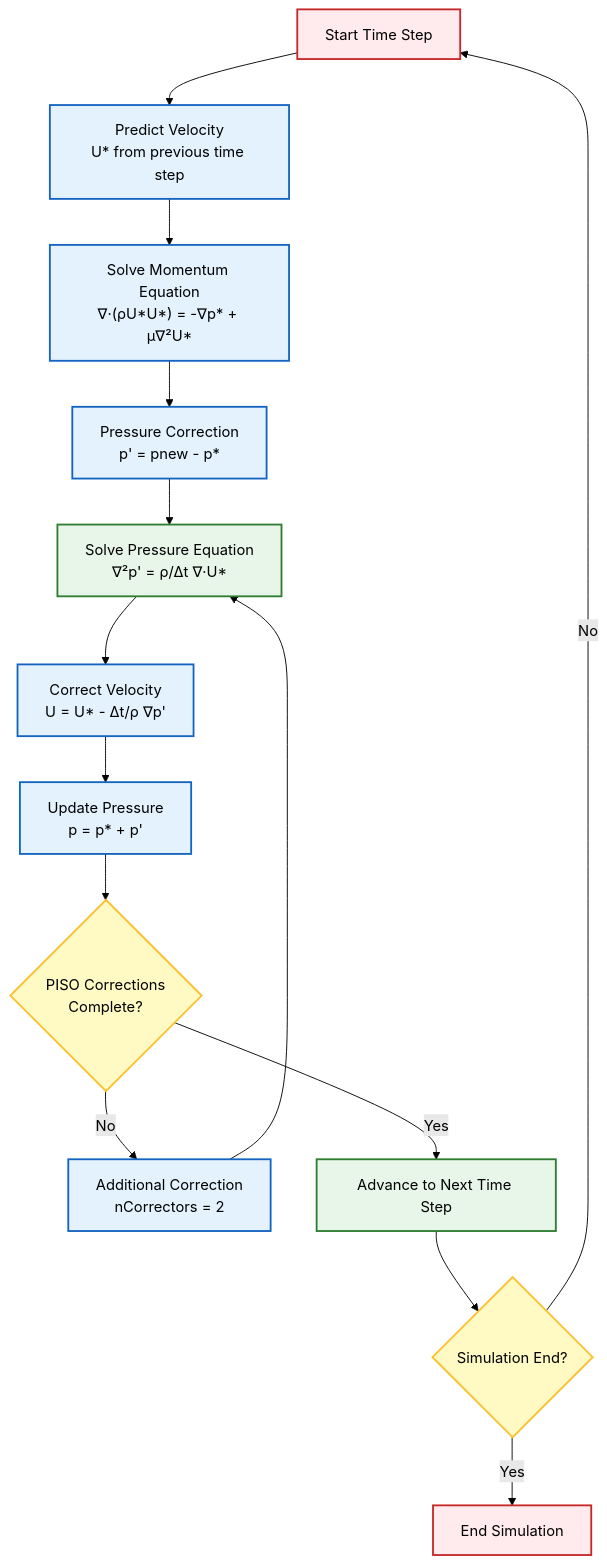
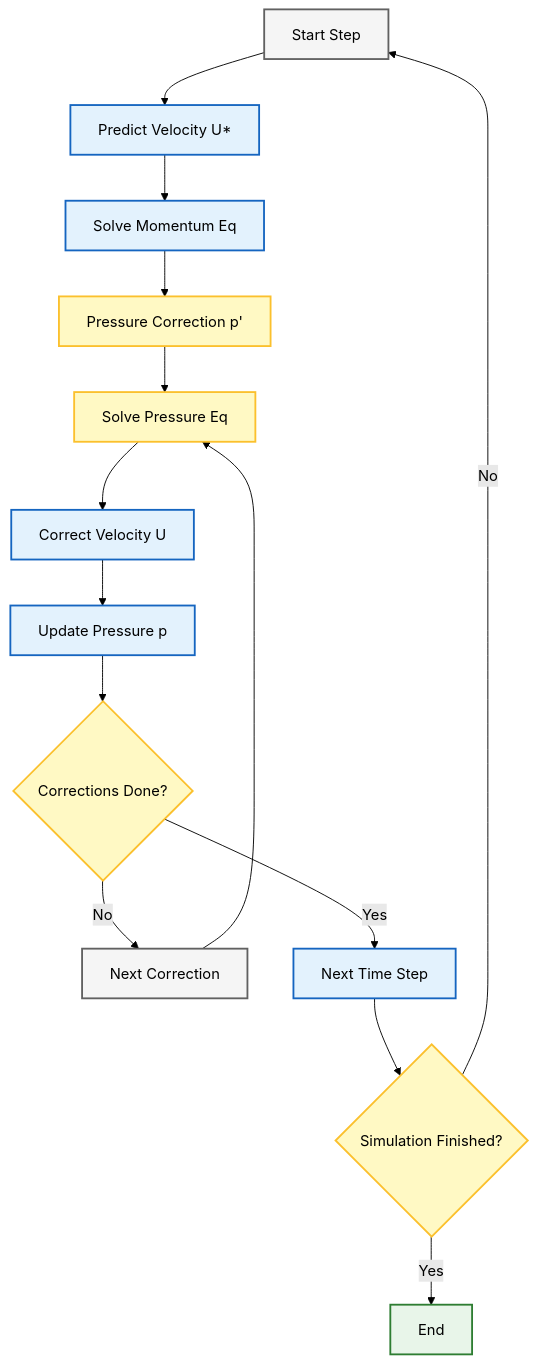
The third of 3 diagrams in MODULE_01_CFD_FUNDAMENTALS/CONTENT/04_FIRST_SIMULATION/03_The_Lid-Driven_Cavity_Problem.md (wramet/build-my-cfd), drawn with Mermaid (forest theme) before and after one commit. The commit also changed other lines of this file and 313 other files, not shown here.

Commit message:
Revise all diagram

````diff
--- a/MODULE_01_CFD_FUNDAMENTALS/CONTENT/04_FIRST_SIMULATION/03_The_Lid-Driven_Cavity_Problem.md
+++ b/MODULE_01_CFD_FUNDAMENTALS/CONTENT/04_FIRST_SIMULATION/03_The_Lid-Driven_Cavity_Problem.md
@@ -654,26 +649,21 @@
 ```mermaid
 flowchart TD
-    A["Start Time Step"] --> B["Predict Velocity<br/>U* from previous time step"]
-    B --> C["Solve Momentum Equation<br/>∇·(ρU*U*) = -∇p* + μ∇²U*"]
-    C --> D["Pressure Correction<br/>p' = pnew - p*"]
-    D --> E["Solve Pressure Equation<br/>∇²p' = ρ/Δt ∇·U*"]
-    E --> F["Correct Velocity<br/>U = U* - Δt/ρ ∇p'"]
-    F --> G["Update Pressure<br/>p = p* + p'"]
-    G --> H{"PISO Corrections<br/>Complete?"}
-    H -->|No| I["Additional Correction<br/>nCorrectors = 2"]
+    A["Start Step"]:::context --> B["Predict Velocity U*"]:::implicit
+    B --> C["Solve Momentum Eq"]:::implicit
+    C --> D["Pressure Correction p'"]:::explicit
+    D --> E["Solve Pressure Eq"]:::explicit
+    E --> F["Correct Velocity U"]:::implicit
+    F --> G["Update Pressure p"]:::implicit
+    G --> H{"Corrections Done?"}:::explicit
+    H -->|No| I["Next Correction"]:::context
     I --> E
-    H -->|Yes| J["Advance to Next Time Step"]
-    J --> K{"Simulation End?"}
+    H -->|Yes| J["Next Time Step"]:::implicit
+    J --> K{"Simulation Finished?"}:::explicit
     K -->|No| A
-    K -->|Yes| L["End Simulation"]
+    K -->|Yes| L["End"]:::success
 
-    classDef process fill:#e3f2fd,stroke:#1565c0,stroke-width:2px,color:#000;
-    classDef decision fill:#fff9c4,stroke:#fbc02d,stroke-width:2px,color:#000;
-    classDef terminator fill:#ffebee,stroke:#c62828,stroke-width:2px,color:#000;
-    classDef storage fill:#e8f5e9,stroke:#2e7d32,stroke-width:2px,color:#000;
-
-    class A,L terminator;
-    class B,C,D,F,G,I process;
-    class E,J storage;
-    class H,K decision;
+classDef context fill:#f5f5f5,stroke:#616161,stroke-width:2px,color:#000;
+classDef implicit fill:#e3f2fd,stroke:#1565c0,stroke-width:2px,color:#000;
+classDef explicit fill:#fff9c4,stroke:#fbc02d,stroke-width:2px,color:#000;
+classDef success fill:#e8f5e9,stroke:#2e7d32,stroke-width:2px,color:#000;
 ```
````
